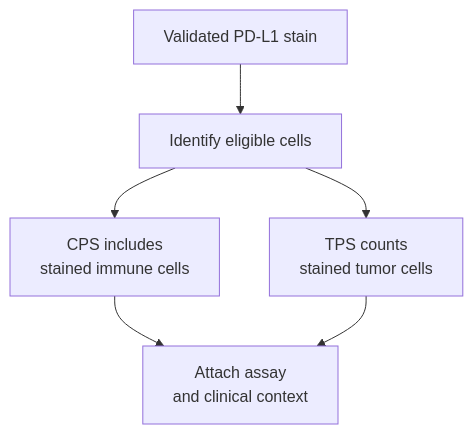
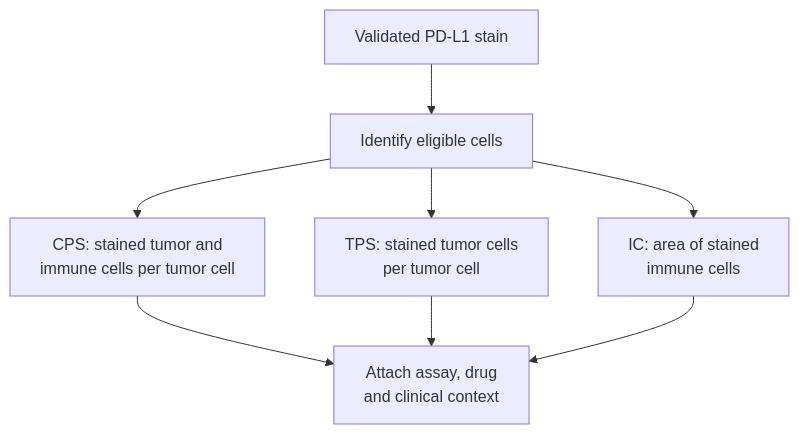
One commit to jasonLaster/oncoguide changed the diagram in wiki/education/concepts/measurement/pathology-readouts/pd-l1-scoring.md. Above: the diagram before and after it, drawn with Mermaid. The commit also changed other lines of this file and 527 other files, not shown here.

````diff
--- a/wiki/education/concepts/measurement/pathology-readouts/pd-l1-scoring.md
+++ b/wiki/education/concepts/measurement/pathology-readouts/pd-l1-scoring.md
@@ -57,8 +57,10 @@
 ```mermaid
 flowchart TD
     A[Validated PD-L1 stain] --> B[Identify eligible cells]
-    B --> C["CPS includes<br>stained immune cells"]
-    B --> D["TPS counts<br>stained tumor cells"]
-    C --> E["Attach assay<br>and clinical context"]
+    B --> C["CPS: stained tumor and<br>immune cells per tumor cell"]
+    B --> D["TPS: stained tumor cells<br>per tumor cell"]
+    B --> F["IC: area of stained<br>immune cells"]
+    C --> E["Attach assay, drug<br>and clinical context"]
     D --> E
+    F --> E
 ```
````
